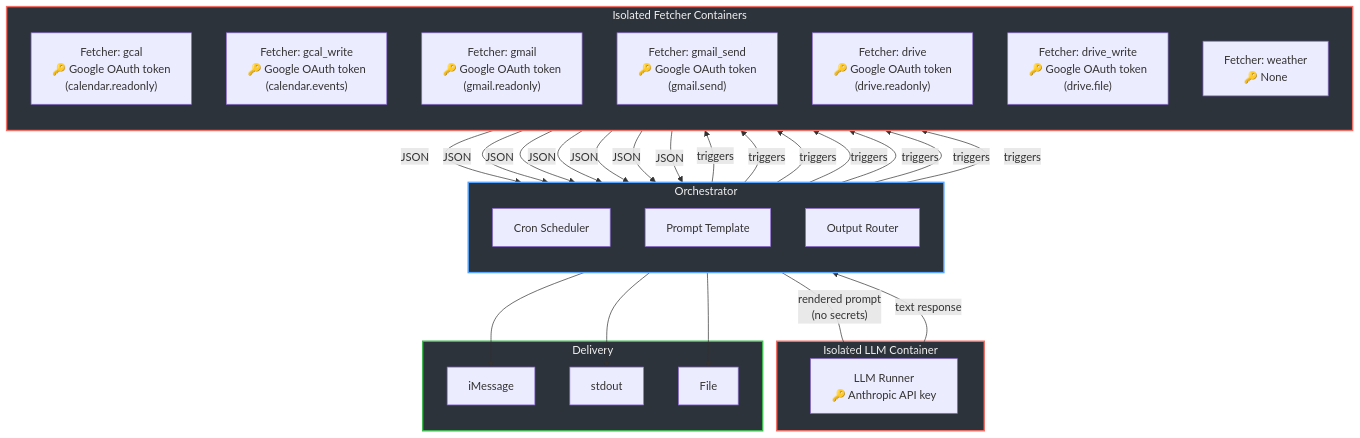
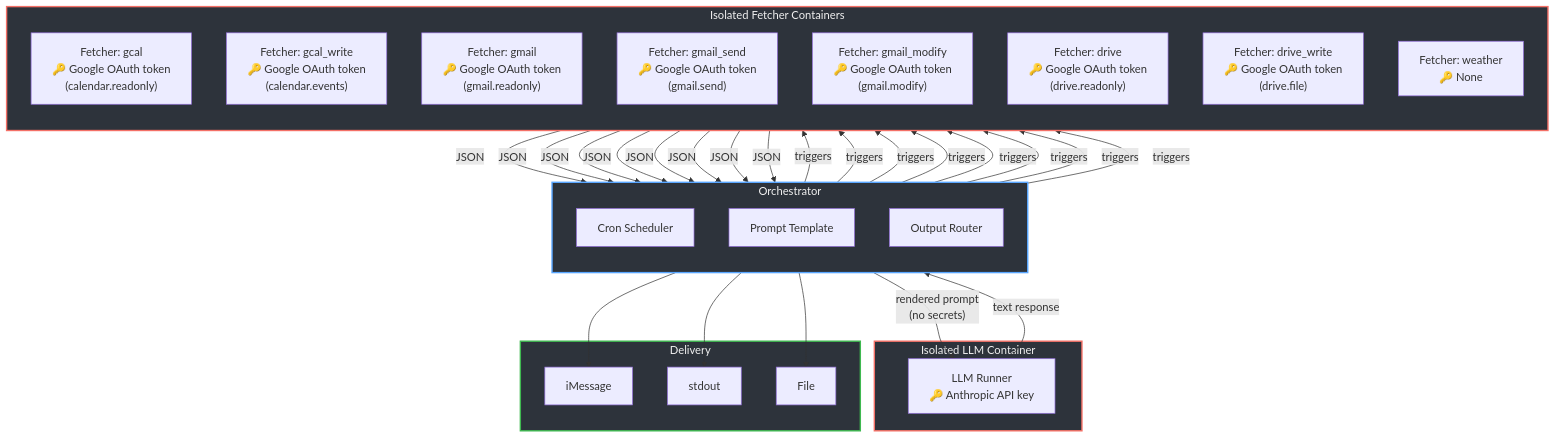
Before and after one commit to Creel-ai/creel: the diagram in README.md, drawn with Mermaid. The commit also changed other lines of this file and 5 other files, not shown here.

First line of the commit message:
Add gmail_modify fetcher for modifying, trashing, and deleting emails

````diff
--- a/README.md
+++ b/README.md
@@ -25,55 +26,58 @@
 ```mermaid
 flowchart TD
     subgraph orch["Orchestrator"]
         direction TB
         schedule["Cron Scheduler"]
         template["Prompt Template"]
         output["Output Router"]
     end
 
     subgraph fetchers["Isolated Fetcher Containers"]
         direction TB
         gcal["Fetcher: gcal\n🔑 Google OAuth token\n(calendar.readonly)"]
         gcal_w["Fetcher: gcal_write\n🔑 Google OAuth token\n(calendar.events)"]
         gmail["Fetcher: gmail\n🔑 Google OAuth token\n(gmail.readonly)"]
         gmail_s["Fetcher: gmail_send\n🔑 Google OAuth token\n(gmail.send)"]
+        gmail_m["Fetcher: gmail_modify\n🔑 Google OAuth token\n(gmail.modify)"]
         drive["Fetcher: drive\n🔑 Google OAuth token\n(drive.readonly)"]
         drive_w["Fetcher: drive_write\n🔑 Google OAuth token\n(drive.file)"]
         weather["Fetcher: weather\n🔑 None"]
     end
 
     subgraph llm_container["Isolated LLM Container"]
         llm["LLM Runner\n🔑 Anthropic API key"]
     end
 
     subgraph outputs["Delivery"]
         imsg["iMessage"]
         stdout["stdout"]
         file["File"]
     end
 
     schedule -- "triggers" --> gcal
     schedule -- "triggers" --> gcal_w
     schedule -- "triggers" --> gmail
     schedule -- "triggers" --> gmail_s
+    schedule -- "triggers" --> gmail_m
     schedule -- "triggers" --> drive
     schedule -- "triggers" --> drive_w
     schedule -- "triggers" --> weather
     gcal -- "JSON" --> template
     gcal_w -- "JSON" --> template
     gmail -- "JSON" --> template
     gmail_s -- "JSON" --> template
+    gmail_m -- "JSON" --> template
     drive -- "JSON" --> template
     drive_w -- "JSON" --> template
     weather -- "JSON" --> template
     template -- "rendered prompt\n(no secrets)" --> llm
     llm -- "text response" --> output
     output --> imsg
     output --> stdout
     output --> file
 
     style fetchers fill:#2d333b,stroke:#f47067,stroke-width:2px,color:#f0f0f0
     style llm_container fill:#2d333b,stroke:#f47067,stroke-width:2px,color:#f0f0f0
     style orch fill:#2d333b,stroke:#58a6ff,stroke-width:2px,color:#f0f0f0
     style outputs fill:#2d333b,stroke:#3fb950,stroke-width:2px,color:#f0f0f0
 ```
````
